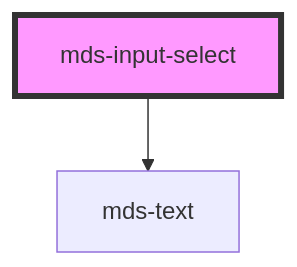
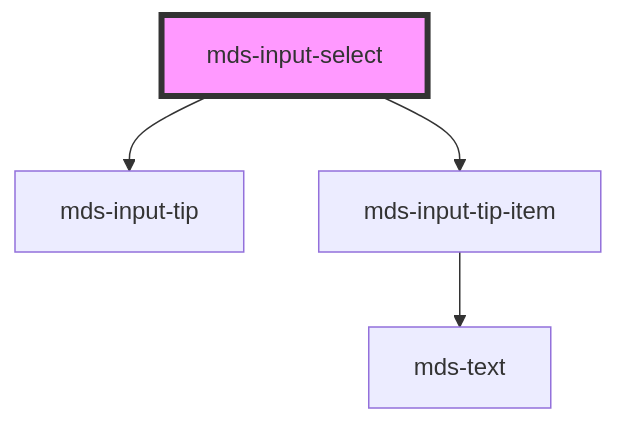
One commit to magma-design-system/magma changed the diagram in projects/stencil/src/components/mds-input-select/readme.md. Above: the diagram before and after it, drawn with Mermaid. The commit also changed other lines of this file and 5 other files, not shown here.

Commit message:
change(mds-input-select): remove unused labels attributes

````diff
--- a/projects/stencil/src/components/mds-input-select/readme.md
+++ b/projects/stencil/src/components/mds-input-select/readme.md
@@ -49,5 +48,7 @@
 ```mermaid
 graph TD;
-  mds-input-select --> mds-text
+  mds-input-select --> mds-input-tip
+  mds-input-select --> mds-input-tip-item
+  mds-input-tip-item --> mds-text
   style mds-input-select fill:#f9f,stroke:#333,stroke-width:4px
 ```
````
